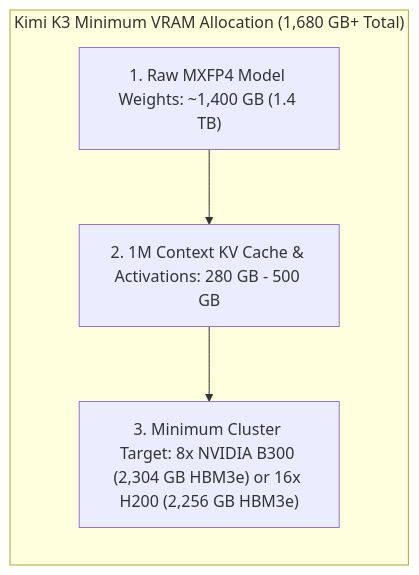
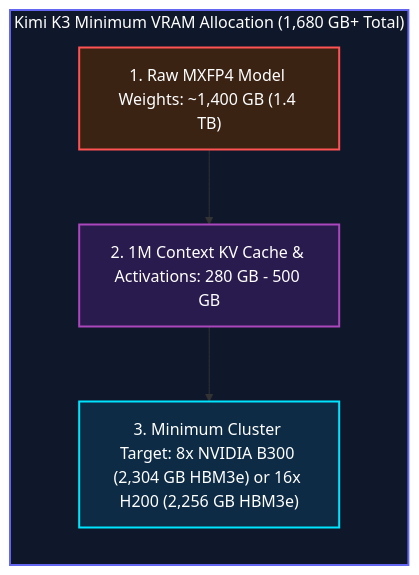
The first of 4 diagrams in contents/blog/0066-hosting-kimi-k3-vllm/index.md (narenandu/narenvadapalli_dot_com), drawn with Mermaid before and after one commit. The commit also changed other lines of this file, not shown here.

Commit message:
style: add rich dark-mode fill colors to Mermaid diagrams and collapse Python script in Kimi K3 hosting post

````diff
--- a/contents/blog/0066-hosting-kimi-k3-vllm/index.md
+++ b/contents/blog/0066-hosting-kimi-k3-vllm/index.md
@@ -62,8 +62,13 @@
 ```mermaid
 flowchart TD
     subgraph VRAMFootprint["Kimi K3 Minimum VRAM Allocation (1,680 GB+ Total)"]
         direction TB
         V1["1. Raw MXFP4 Model Weights: ~1,400 GB (1.4 TB)"] --> V2["2. 1M Context KV Cache & Activations: 280 GB - 500 GB"]
         V2 --> V3["3. Minimum Cluster Target: 8x NVIDIA B300 (2,304 GB HBM3e) or 16x H200 (2,256 GB HBM3e)"]
     end
+
+    style VRAMFootprint fill:#0f172a,stroke:#6366f1,stroke-width:2px,color:#ffffff;
+    style V1 fill:#3b2314,stroke:#ff5353,stroke-width:2px,color:#ffffff;
+    style V2 fill:#2a1b4e,stroke:#ab47bc,stroke-width:2px,color:#ffffff;
+    style V3 fill:#0d2b45,stroke:#00e5ff,stroke-width:2px,color:#ffffff;
 ```
````
